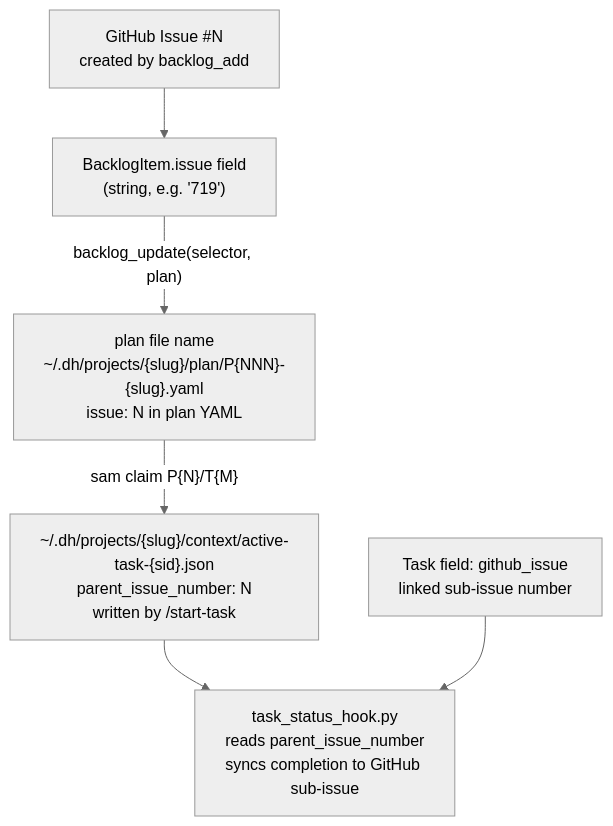
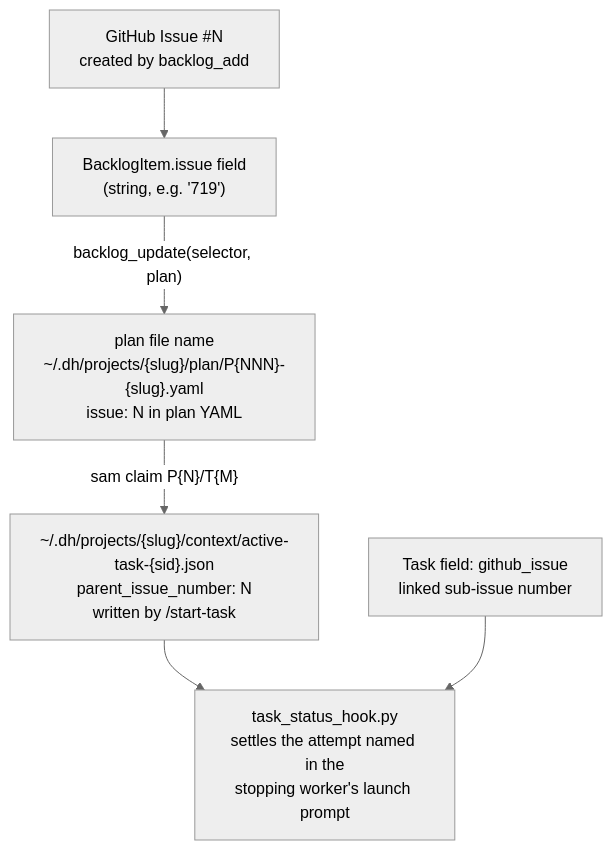
The third of 4 diagrams in .claude/docs/workflow-architecture-diagram.md (Jamie-BitFlight/claude_skills), drawn with Mermaid (neutral theme) before and after one commit. The commit also changed other lines of this file and 12 other files, not shown here.

````diff
--- a/.claude/docs/workflow-architecture-diagram.md
+++ b/.claude/docs/workflow-architecture-diagram.md
@@ -310,14 +311,14 @@
 ```mermaid
 flowchart TD
     GH["GitHub Issue #N<br>created by backlog_add"]
     BI["BacklogItem.issue field<br>(string, e.g. '719')"]
     PF["plan file name<br>~/.dh/projects/{slug}/plan/P{NNN}-{slug}.yaml<br>issue: N in plan YAML"]
     CTX["~/.dh/projects/{slug}/context/active-task-{sid}.json<br>parent_issue_number: N<br>written by /start-task"]
-    HOOK["task_status_hook.py<br>reads parent_issue_number<br>syncs completion to GitHub sub-issue"]
+    HOOK["task_status_hook.py<br>settles the attempt named in the<br>stopping worker's launch prompt"]
     TF["Task field: github_issue<br>linked sub-issue number"]
     GH --> BI
     BI -->|"backlog_update(selector, plan)"| PF
     PF -->|"sam claim P{N}/T{M}"| CTX
     CTX --> HOOK
     TF --> HOOK
 ```
````
